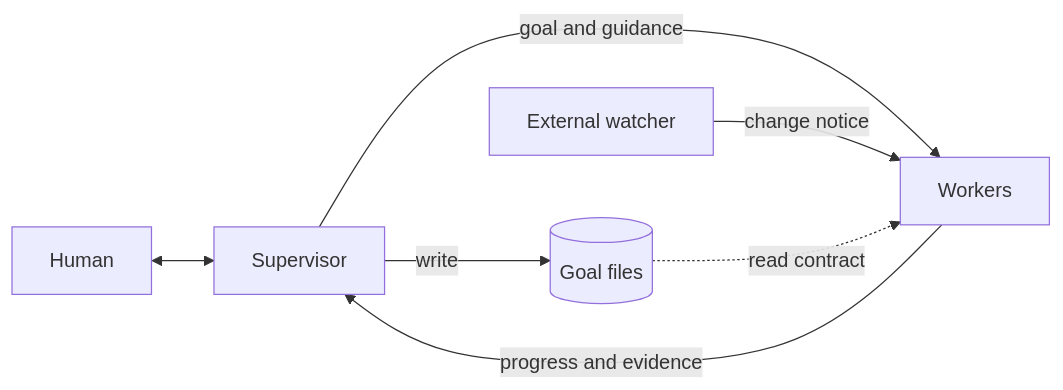
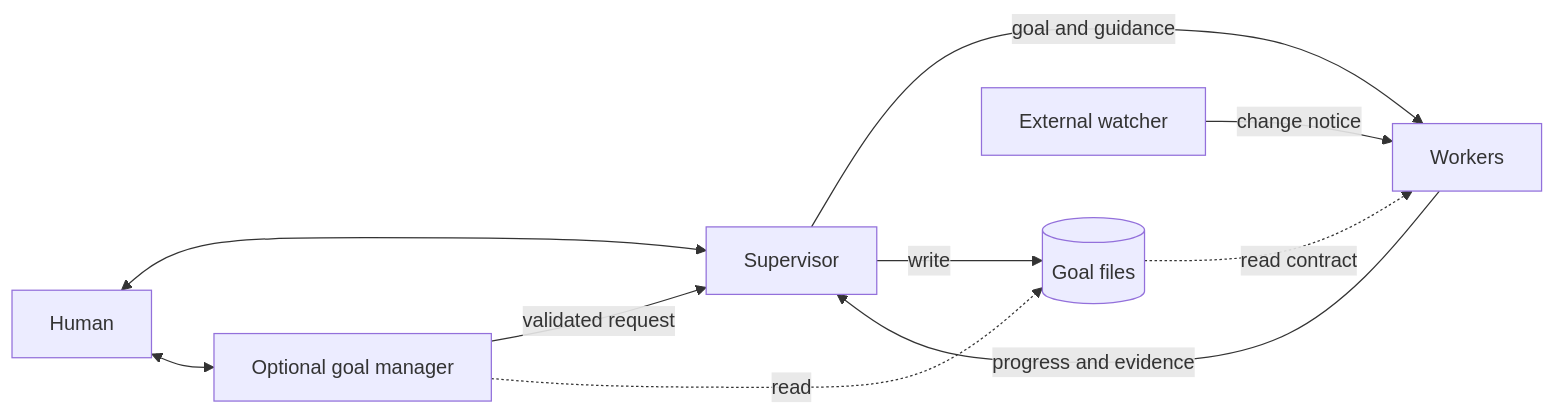
One commit to hao1939/herdr-supervisor changed the first of 4 diagrams in docs/design.md. Above: the diagram before and after it, drawn with Mermaid. The commit also changed other lines of this file and 8 other files, not shown here.

Commit message:
Add a lightweight Codex goal manager

````diff
--- a/docs/design.md
+++ b/docs/design.md
@@ -117,9 +126,12 @@
 ```mermaid
 flowchart LR
     U[Human] <--> S[Supervisor]
+    U <--> M[Optional goal manager]
+    M -->|validated request| S
+    M -.->|read| F
     S -->|goal and guidance| W[Workers]
     W -->|progress and evidence| S
     E[External watcher] -->|change notice| W
     S -->|write| F[(Goal files)]
     F -.->|read contract| W
 ```
````
